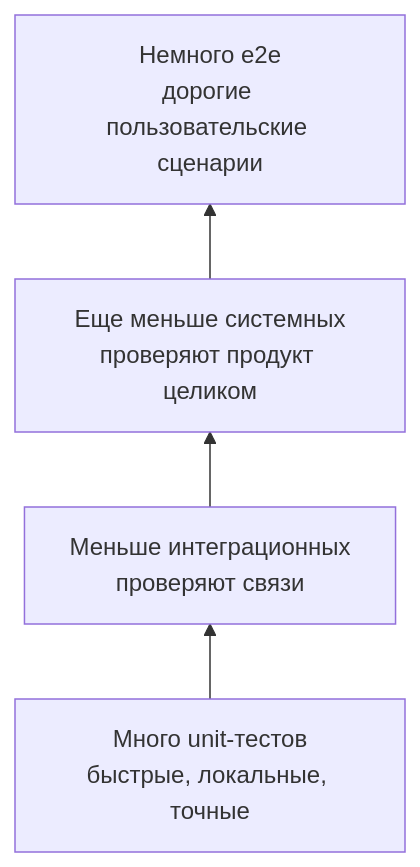
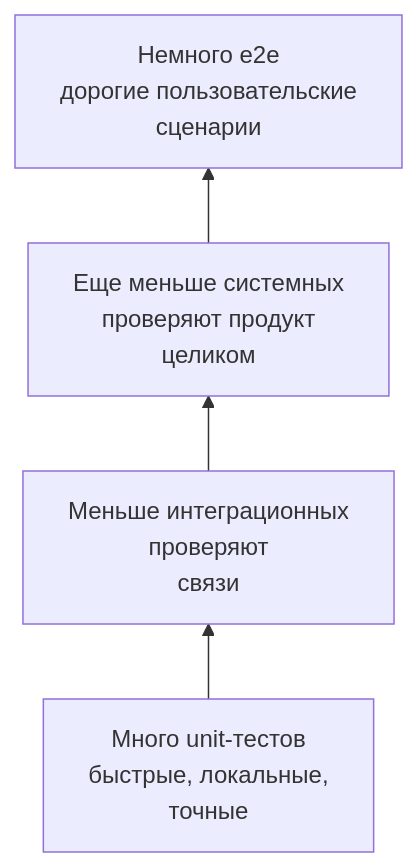
The third of 10 diagrams in content/lectures/Lec3/vitepress.md (Kert0n/KPO), drawn with Mermaid before and after one commit.

Commit message:
Лекция 3: исправлено обрезание текста в диаграмме

````diff
--- a/content/lectures/Lec3/vitepress.md
+++ b/content/lectures/Lec3/vitepress.md
@@ -127,6 +127,6 @@
 ```mermaid
 flowchart BT
-    Unit["Много unit-тестов<br/>быстрые, локальные, точные"] --> Integration["Меньше интеграционных<br/>проверяют связи"]
-    Integration --> System["Еще меньше системных<br/>проверяют продукт целиком"]
-    System --> E2E["Немного e2e<br/>дорогие пользовательские сценарии"]
+    Unit["Много unit-тестов<br/>быстрые, локальные,<br/>точные"] --> Integration["Меньше интеграционных<br/>проверяют<br/>связи"]
+    Integration --> System["Еще меньше системных<br/>проверяют продукт<br/>целиком"]
+    System --> E2E["Немного e2e<br/>дорогие пользовательские<br/>сценарии"]
 ```
````
